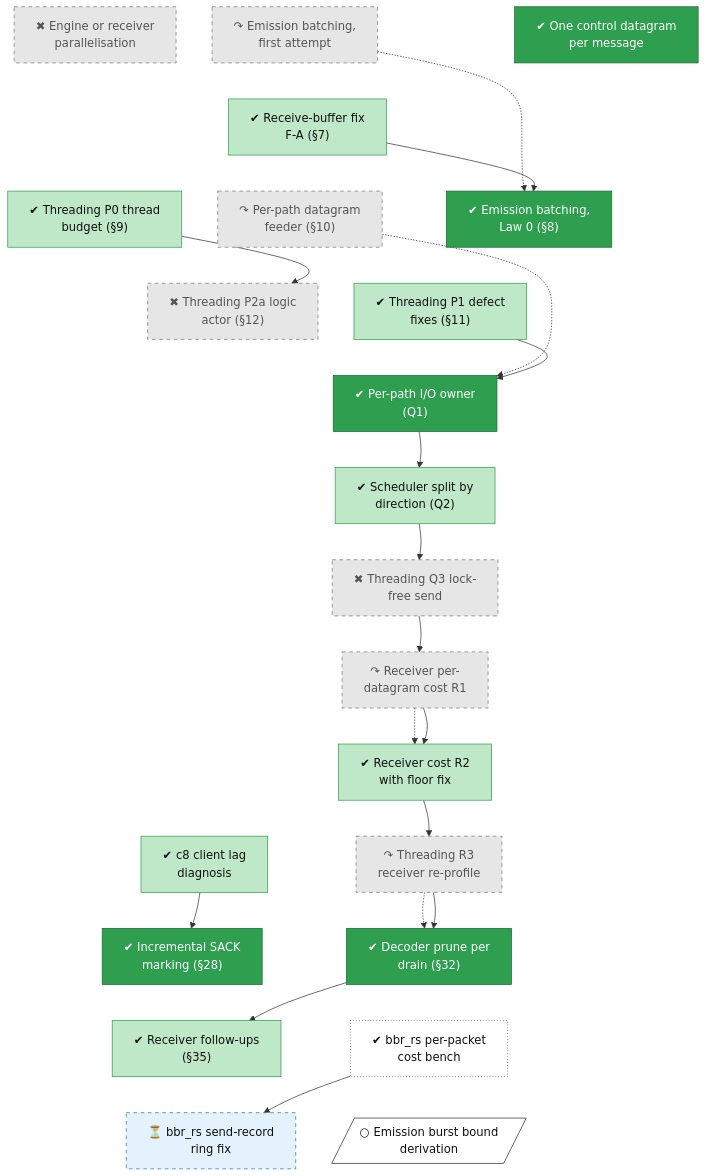
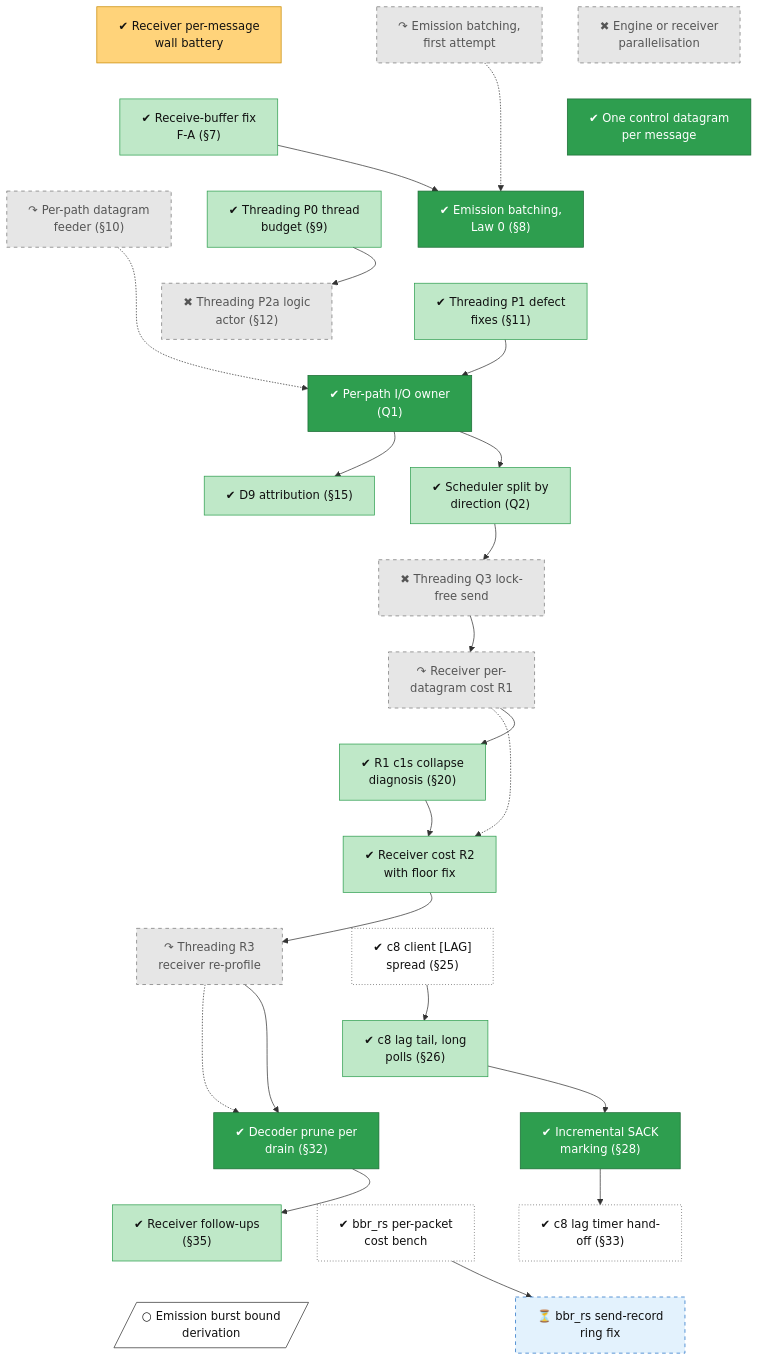
One commit to lhns/raptorpath changed the diagram in docs/roadmap/tracks/perf.md. Above: the diagram before and after it, drawn with Mermaid. The commit also changed other lines of this file and 14 other files, not shown here.

First line of the commit message:
roadmap: §58-§60 up to date; family nodes split per experiment

````diff
--- a/docs/roadmap/tracks/perf.md
+++ b/docs/roadmap/tracks/perf.md
@@ -11,6 +11,7 @@
 flowchart TB
     perf_parallelisation["✖ Engine or receiver<br/>parallelisation"]
     perf_emit_batch_v1["↷ Emission batching,<br/>first attempt"]
+    perf_recv_msg_wall["✔ Receiver per-message<br/>wall battery"]
     perf_ack_merge["✔ One control datagram<br/>per message"]
     perf_rcvbuf["✔ Receive-buffer fix<br/>F-A (#167;7)"]
     perf_emit_batch_law0["✔ Emission batching,<br/>Law 0 (#167;8)"]
@@ -19,22 +20,26 @@
     perf_threading_p1["✔ Threading P1 defect<br/>fixes (#167;11)"]
     perf_threading_p2a["✖ Threading P2a logic<br/>actor (#167;12)"]
     perf_io_owner["✔ Per-path I/O owner<br/>(Q1)"]
+    perf_d9_attribution["✔ D9 attribution (#167;15)"]
     perf_sched_split["✔ Scheduler split by<br/>direction (Q2)"]
     perf_q3_investigation["✖ Threading Q3 lock-<br/>free send"]
     perf_receiver_r1["↷ Receiver per-<br/>datagram cost R1"]
+    perf_s20_r1_collapse["✔ R1 c1s collapse<br/>diagnosis (#167;20)"]
     perf_receiver_r2["✔ Receiver cost R2<br/>with floor fix"]
     perf_threading_r3["↷ Threading R3<br/>receiver re-profile"]
-    perf_c8_lag["✔ c8 client lag<br/>diagnosis"]
+    perf_c8_lag["✔ c8 client #91;LAG#93;<br/>spread (#167;25)"]
+    perf_s26_long_polls["✔ c8 lag tail, long<br/>polls (#167;26)"]
     perf_incremental_sack["✔ Incremental SACK<br/>marking (#167;28)"]
     perf_decoder_prune["✔ Decoder prune per<br/>drain (#167;32)"]
+    perf_s33_timer["✔ c8 lag timer hand-<br/>off (#167;33)"]
     perf_receiver_followups["✔ Receiver follow-ups<br/>(#167;35)"]
     perf_bbrrs_ns_cost["✔ bbr_rs per-packet<br/>cost bench"]
     perf_bbrrs_ring_fix["⏳ bbr_rs send-record<br/>ring fix"]
     perf_fix_burst_bound[/"○ Emission burst bound<br/>derivation"/]
-    perf_parallelisation ~~~ perf_rcvbuf
+    perf_parallelisation ~~~ perf_ack_merge
     perf_emit_batch_v1 ~~~ perf_rcvbuf
-    perf_ack_merge ~~~ perf_rcvbuf
-    perf_rcvbuf ~~~ perf_emit_batch_law0
+    perf_recv_msg_wall ~~~ perf_rcvbuf
+    perf_ack_merge ~~~ perf_emit_batch_law0
     perf_rcvbuf ~~~ perf_quic_feeder
     perf_rcvbuf ~~~ perf_threading_p0
     perf_emit_batch_law0 ~~~ perf_threading_p1
@@ -42,32 +47,43 @@
     perf_threading_p0 ~~~ perf_threading_p2a
     perf_threading_p1 ~~~ perf_io_owner
     perf_threading_p2a ~~~ perf_io_owner
+    perf_io_owner ~~~ perf_d9_attribution
     perf_io_owner ~~~ perf_sched_split
+    perf_d9_attribution ~~~ perf_q3_investigation
     perf_sched_split ~~~ perf_q3_investigation
     perf_q3_investigation ~~~ perf_receiver_r1
-    perf_receiver_r1 ~~~ perf_receiver_r2
+    perf_receiver_r1 ~~~ perf_s20_r1_collapse
+    perf_s20_r1_collapse ~~~ perf_receiver_r2
     perf_receiver_r2 ~~~ perf_threading_r3
     perf_receiver_r2 ~~~ perf_c8_lag
-    perf_threading_r3 ~~~ perf_incremental_sack
-    perf_c8_lag ~~~ perf_decoder_prune
-    perf_incremental_sack ~~~ perf_receiver_followups
+    perf_threading_r3 ~~~ perf_s26_long_polls
+    perf_c8_lag ~~~ perf_s26_long_polls
+    perf_s26_long_polls ~~~ perf_incremental_sack
+    perf_s26_long_polls ~~~ perf_decoder_prune
+    perf_incremental_sack ~~~ perf_s33_timer
+    perf_decoder_prune ~~~ perf_receiver_followups
     perf_decoder_prune ~~~ perf_bbrrs_ns_cost
-    perf_receiver_followups ~~~ perf_bbrrs_ring_fix
+    perf_s33_timer ~~~ perf_bbrrs_ring_fix
+    perf_receiver_followups ~~~ perf_fix_burst_bound
     perf_bbrrs_ns_cost ~~~ perf_fix_burst_bound
     perf_emit_batch_v1 -.-> perf_emit_batch_law0
     perf_rcvbuf --> perf_emit_batch_law0
     perf_quic_feeder -.-> perf_io_owner
     perf_threading_p0 --> perf_threading_p2a
     perf_threading_p1 --> perf_io_owner
+    perf_io_owner --> perf_d9_attribution
     perf_io_owner --> perf_sched_split
     perf_sched_split --> perf_q3_investigation
     perf_q3_investigation --> perf_receiver_r1
     perf_receiver_r1 -.-> perf_receiver_r2
-    perf_receiver_r1 --> perf_receiver_r2
+    perf_receiver_r1 --> perf_s20_r1_collapse
+    perf_s20_r1_collapse --> perf_receiver_r2
     perf_receiver_r2 --> perf_threading_r3
     perf_threading_r3 -.-> perf_decoder_prune
-    perf_c8_lag --> perf_incremental_sack
+    perf_c8_lag --> perf_s26_long_polls
+    perf_s26_long_polls --> perf_incremental_sack
     perf_threading_r3 --> perf_decoder_prune
+    perf_incremental_sack --> perf_s33_timer
     perf_decoder_prune --> perf_receiver_followups
     perf_bbrrs_ns_cost --> perf_bbrrs_ring_fix
     classDef vsucc fill:#2e9e4f,stroke:#1b6b34,color:#fff
@@ -84,9 +100,10 @@
     classDef defect fill:#ffe0b2,stroke:#d84315,stroke-width:2px,color:#111
     classDef waiting fill:#e3f2fd,stroke:#1f6fc5,stroke-dasharray:5 5,color:#111
     class perf_parallelisation,perf_emit_batch_v1,perf_quic_feeder,perf_threading_p2a,perf_q3_investigation,perf_receiver_r1,perf_threading_r3 dead
+    class perf_recv_msg_wall mixed
     class perf_ack_merge,perf_emit_batch_law0,perf_io_owner,perf_incremental_sack,perf_decoder_prune vsucc
-    class perf_rcvbuf,perf_threading_p0,perf_threading_p1,perf_sched_split,perf_receiver_r2,perf_c8_lag,perf_receiver_followups succ
-    class perf_bbrrs_ns_cost unrated
+    class perf_rcvbuf,perf_threading_p0,perf_threading_p1,perf_d9_attribution,perf_sched_split,perf_s20_r1_collapse,perf_receiver_r2,perf_s26_long_polls,perf_receiver_followups succ
+    class perf_c8_lag,perf_s33_timer,perf_bbrrs_ns_cost unrated
     class perf_bbrrs_ring_fix waiting
     class perf_fix_burst_bound next
 ```
````
